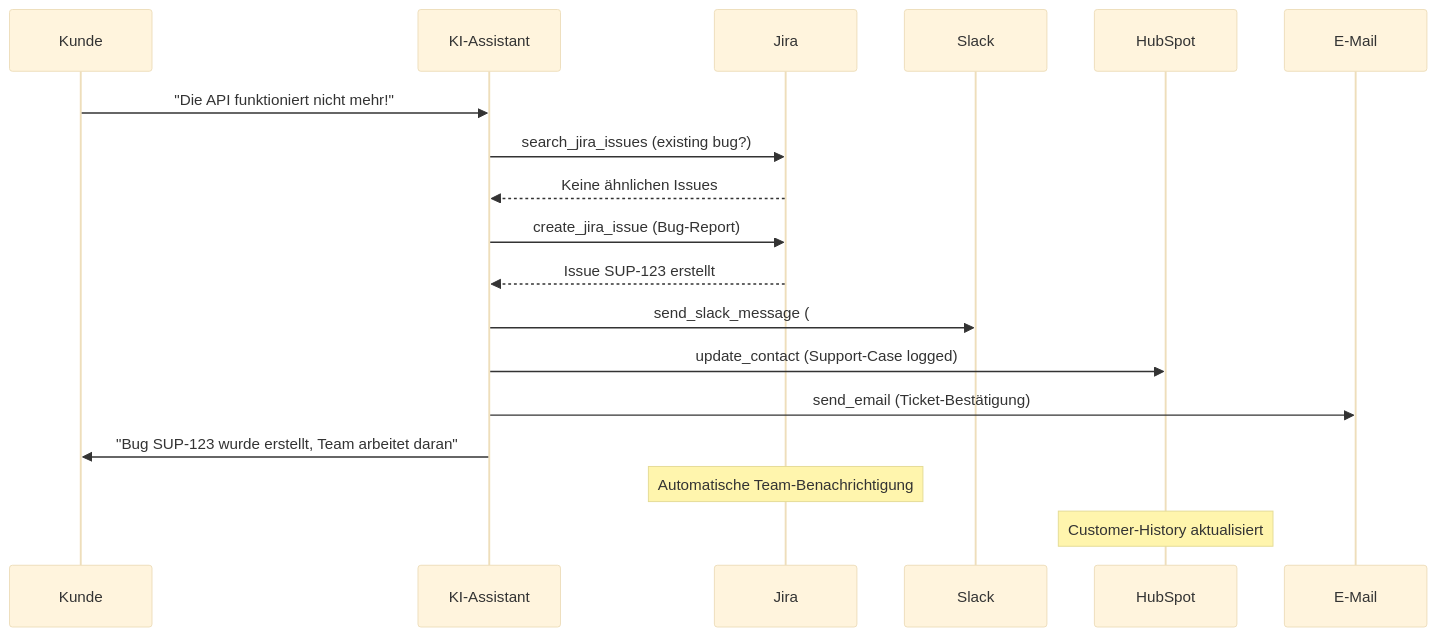
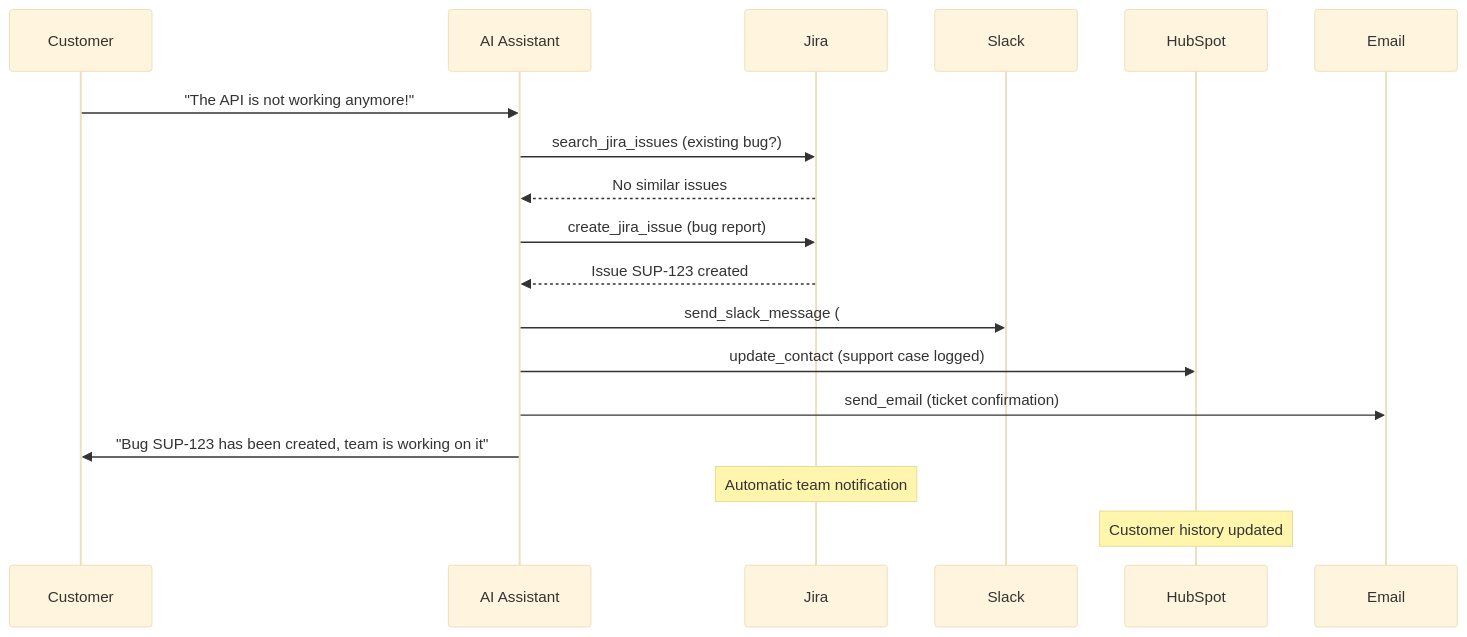
The diagram in en/automation-platform/mid-call-tools/integration-templates/jira-integration.mdx (bekgroup/Famulor-docs-de), drawn with Mermaid (base theme) before and after one commit. The commit also changed other lines of this file and 7 other files, not shown here.

````diff
--- a/en/automation-platform/mid-call-tools/integration-templates/jira-integration.mdx
+++ b/en/automation-platform/mid-call-tools/integration-templates/jira-integration.mdx
@@ -650,22 +650,22 @@
 ```mermaid
 sequenceDiagram
-    participant C as Kunde
-    participant AI as KI-Assistant  
+    participant C as Customer
+    participant AI as AI Assistant  
     participant J as Jira
     participant S as Slack
     participant CRM as HubSpot
-    participant E as E-Mail
+    participant E as Email
     
-    C->>AI: "Die API funktioniert nicht mehr!"
+    C->>AI: "The API is not working anymore!"
     AI->>J: search_jira_issues (existing bug?)
-    J-->>AI: Keine ähnlichen Issues
-    AI->>J: create_jira_issue (Bug-Report)
-    J-->>AI: Issue SUP-123 erstellt
+    J-->>AI: No similar issues
+    AI->>J: create_jira_issue (bug report)
+    J-->>AI: Issue SUP-123 created
     AI->>S: send_slack_message (#dev-team)
-    AI->>CRM: update_contact (Support-Case logged)
-    AI->>E: send_email (Ticket-Bestätigung)
-    AI->>C: "Bug SUP-123 wurde erstellt, Team arbeitet daran"
+    AI->>CRM: update_contact (support case logged)
+    AI->>E: send_email (ticket confirmation)
+    AI->>C: "Bug SUP-123 has been created, team is working on it"
     
-    Note over J: Automatische Team-Benachrichtigung
-    Note over CRM: Customer-History aktualisiert
+    Note over J: Automatic team notification
+    Note over CRM: Customer history updated
 ```
````
